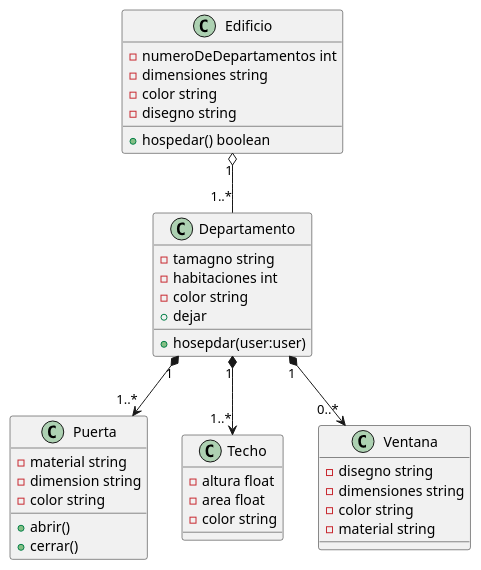
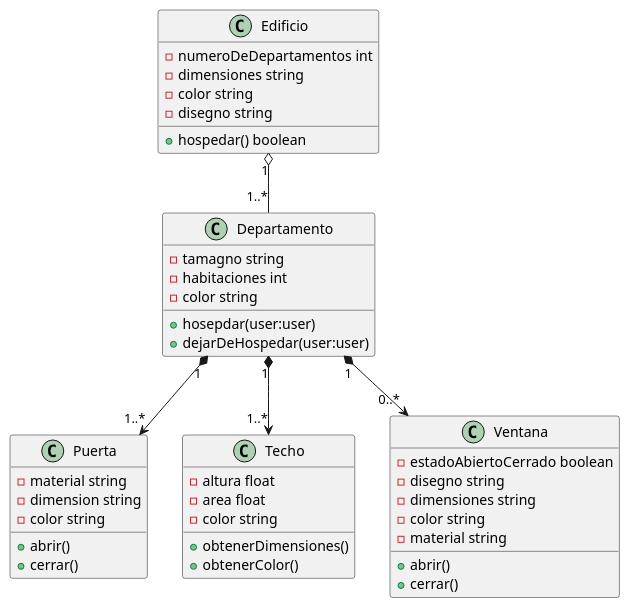
The diagram in relations.plantuml (3rickDJ/JavaDabaDu), drawn with PlantUML before and after one commit.

Commit message:
Update relations.plantuml
some methods added

```diff
--- a/relations.plantuml
+++ b/relations.plantuml
@@ -1,40 +1,46 @@
 @startuml
 class Edificio{
 -numeroDeDepartamentos int
 -dimensiones string
 -color string
 -disegno string
 +hospedar() boolean
 }
 class Puerta{
 -material string
 -dimension string
 -color string
 +abrir()
 +cerrar()
 }
 class Techo{
 -altura float
 -area float
 -color string
++obtenerDimensiones()
++obtenerColor()
 }
 class Departamento{
 -tamagno string
 -habitaciones int
 -color string
 +hosepdar(user:user)
-+dejar
++dejarDeHospedar(user:user)
 }
 class Ventana{
+-estadoAbiertoCerrado boolean
 -disegno string
 -dimensiones string
 -color string
 -material string
++abrir()
++cerrar()
 }
 
 Edificio "1" o-- "1..*" Departamento
 Departamento  "1"*--> "1..*"Puerta
 Departamento "1"*--> "1..*" Techo
 Departamento "1"*--> "0..*" Ventana
 
+
 @enduml
```
